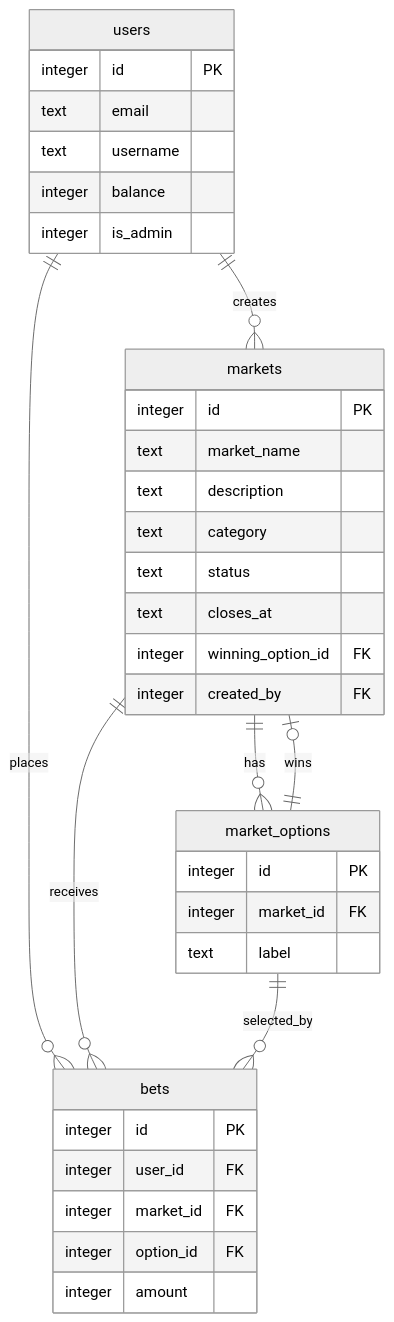
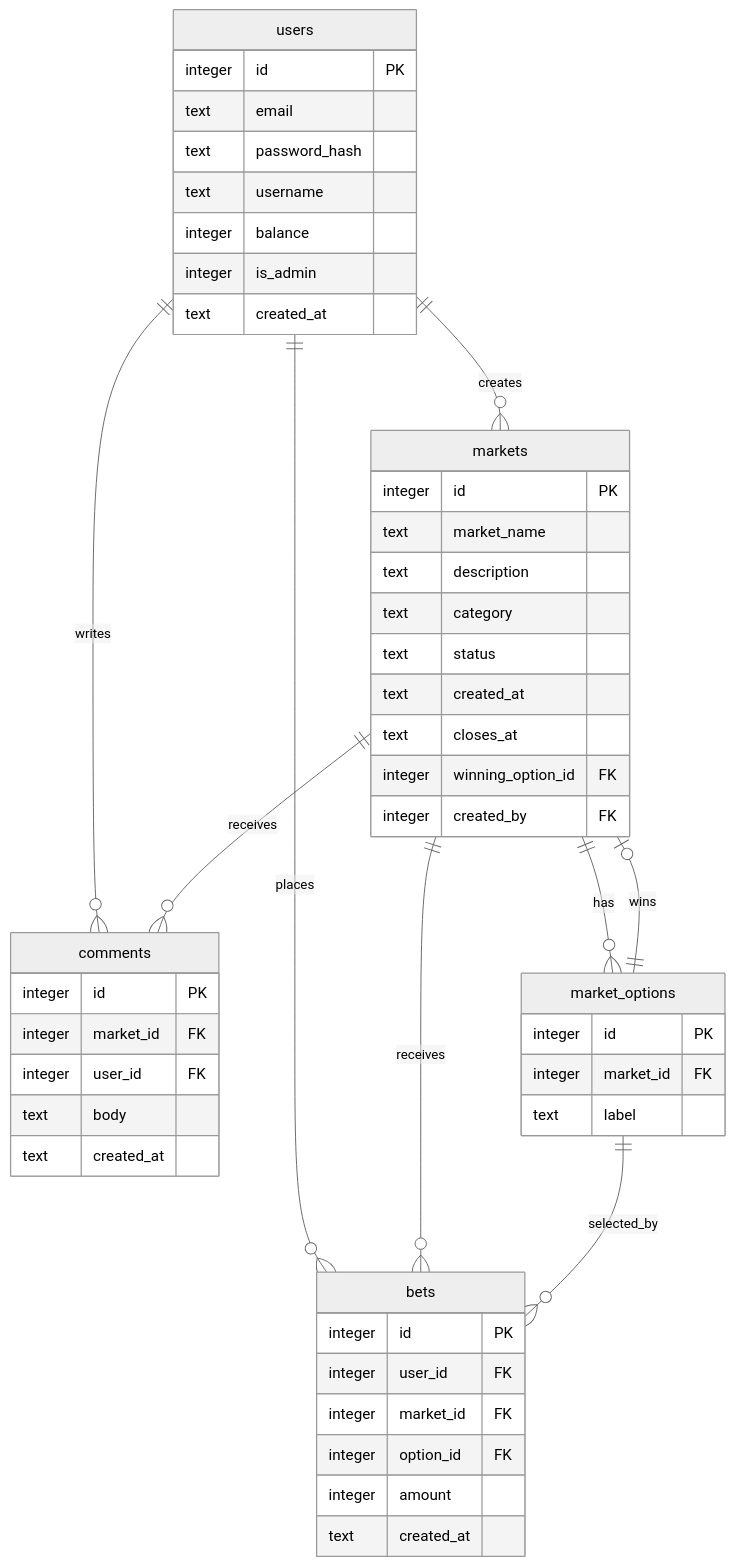
One commit to prygw/BruinBet changed the second of 2 diagrams in README.md. Above: the diagram before and after it, drawn with Mermaid (neutral theme). The commit also changed other lines of this file, not shown here.

Commit message:
Update README architecture diagrams

````diff
--- a/README.md
+++ b/README.md
@@ -237,39 +243,52 @@
 ```mermaid
 erDiagram
   users ||--o{ markets : creates
   users ||--o{ bets : places
+  users ||--o{ comments : writes
   markets ||--o{ market_options : has
   markets ||--o{ bets : receives
+  markets ||--o{ comments : receives
   market_options ||--o{ bets : selected_by
   market_options ||--o| markets : wins
 
   users {
     integer id PK
     text email
+    text password_hash
     text username
     integer balance
     integer is_admin
+    text created_at
   }
   markets {
     integer id PK
     text market_name
     text description
     text category
     text status
+    text created_at
     text closes_at
     integer winning_option_id FK
     integer created_by FK
   }
   market_options {
     integer id PK
     integer market_id FK
     text label
   }
   bets {
     integer id PK
     integer user_id FK
     integer market_id FK
     integer option_id FK
     integer amount
+    text created_at
+  }
+  comments {
+    integer id PK
+    integer market_id FK
+    integer user_id FK
+    text body
+    text created_at
   }
 ```
````
